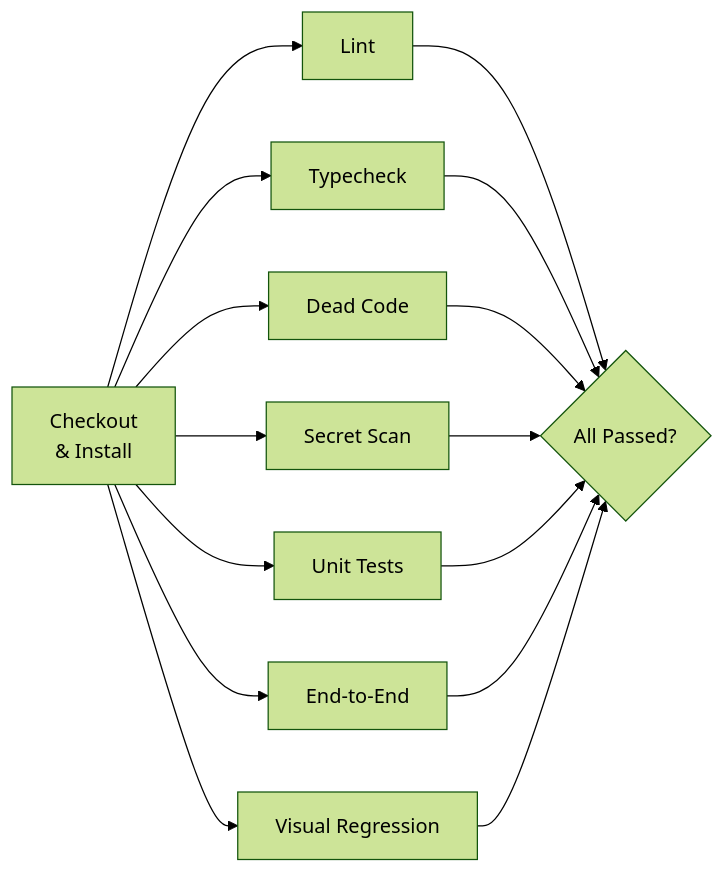
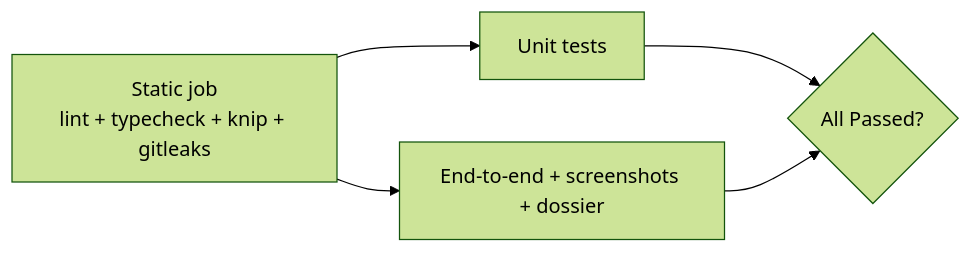
Before and after one commit to stevekinney/stevekinney.net: the diagram in courses/self-testing-ai-agents/ci-as-the-loop-of-last-resort.md, drawn with Mermaid (forest theme). The commit also changed other lines of this file and 51 other files, not shown here.

````diff
--- a/courses/self-testing-ai-agents/ci-as-the-loop-of-last-resort.md
+++ b/courses/self-testing-ai-agents/ci-as-the-loop-of-last-resort.md
@@ -77,28 +77,12 @@
 ```mermaid
 graph LR
-  Checkout["Checkout<br/>& Install"]
-  Lint["Lint"]
-  Types["Typecheck"]
-  Knip["Dead Code"]
-  Secrets["Secret Scan"]
-  Unit["Unit Tests"]
-  E2E["End-to-End"]
-  Visual["Visual Regression"]
+  Static["Static job<br/>lint + typecheck + knip + gitleaks"]
+  Unit["Unit tests"]
+  E2E["End-to-end + screenshots + dossier"]
   Merge{"All Passed?"}
 
-  Checkout --> Lint
-  Checkout --> Types
-  Checkout --> Knip
-  Checkout --> Secrets
-  Checkout --> Unit
-  Checkout --> E2E
-  Checkout --> Visual
-
-  Lint --> Merge
-  Types --> Merge
-  Knip --> Merge
-  Secrets --> Merge
+  Static --> Unit
+  Static --> E2E
   Unit --> Merge
   E2E --> Merge
-  Visual --> Merge
 ```
````
